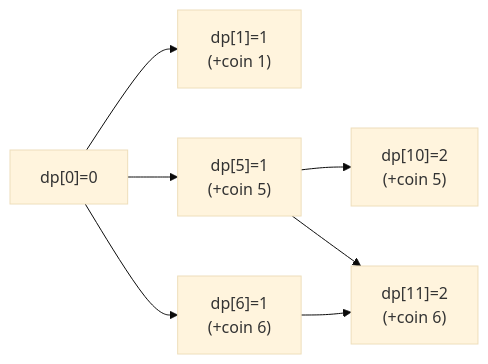
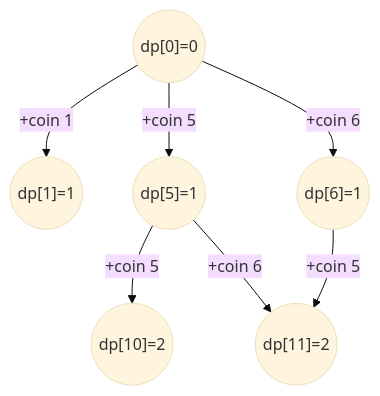
The diagram in practical_exam/q10_coin_change_dp.md (Hike-12/CCP), drawn with Mermaid (base theme) before and after one commit. The commit also changed other lines of this file and 17 other files, not shown here.

````diff
--- a/practical_exam/q10_coin_change_dp.md
+++ b/practical_exam/q10_coin_change_dp.md
@@ -69,9 +94,9 @@
 ```mermaid
-graph LR
-    D0["dp[0]=0"] --> D1["dp[1]=1\n(+coin 1)"]
-    D0 --> D5["dp[5]=1\n(+coin 5)"]
-    D0 --> D6["dp[6]=1\n(+coin 6)"]
-    D5 --> D10["dp[10]=2\n(+coin 5)"]
-    D5 --> D11["dp[11]=2\n(+coin 6)"]
-    D6 --> D11
+graph TD
+    D0(("dp[0]=0")) -->|+coin 1| D1(("dp[1]=1"))
+    D0 -->|+coin 5| D5(("dp[5]=1"))
+    D0 -->|+coin 6| D6(("dp[6]=1"))
+    D5 -->|+coin 5| D10(("dp[10]=2"))
+    D5 -->|+coin 6| D11(("dp[11]=2"))
+    D6 -->|+coin 5| D11
 ```
````
